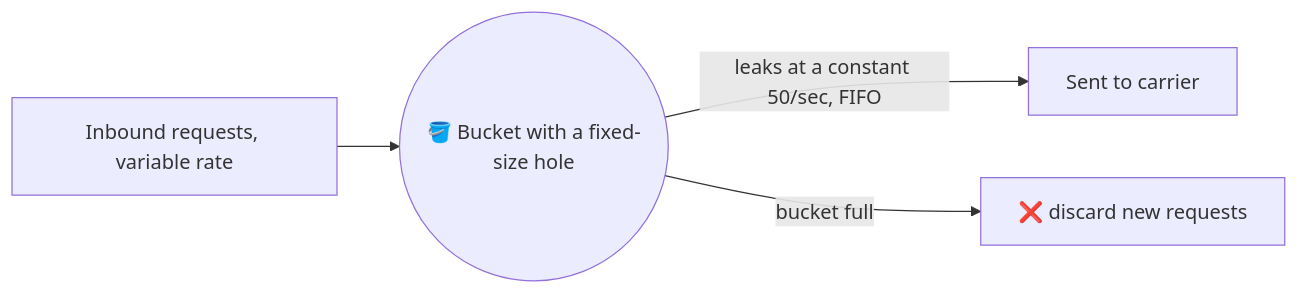
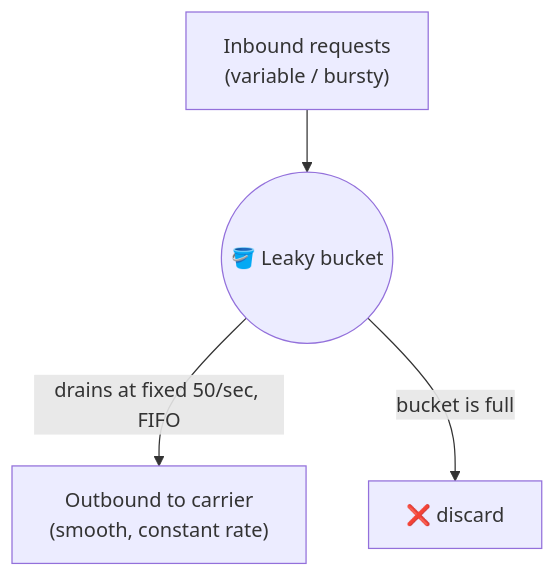
The sixth of 17 diagrams in system-design/HLD/0-course/19-Rate-Limiter-FAANG-Guide-story.md (riyaz-pasha/Learnings), drawn with Mermaid before and after one commit. The commit also changed other lines of this file, not shown here.

Commit message:
rewrite: simplify english and clean up mermaid diagrams in rate limiter story guide

````diff
--- a/system-design/HLD/0-course/19-Rate-Limiter-FAANG-Guide-story.md
+++ b/system-design/HLD/0-course/19-Rate-Limiter-FAANG-Guide-story.md
@@ -126,6 +270,6 @@
 ```mermaid
-flowchart LR
-    In["Inbound requests, variable rate"] --> Bucket(("🪣 Bucket with a fixed-size hole"))
-    Bucket -->|"leaks at a constant 50/sec, FIFO"| Out["Sent to carrier"]
-    Bucket -->|bucket full| Reject["❌ discard new requests"]
+flowchart TD
+    In["Inbound requests\n(variable / bursty)"] --> Bucket(("🪣 Leaky bucket"))
+    Bucket -->|"drains at fixed 50/sec, FIFO"| Out["Outbound to carrier\n(smooth, constant rate)"]
+    Bucket -->|"bucket is full"| Reject["❌ discard"]
 ```
````
